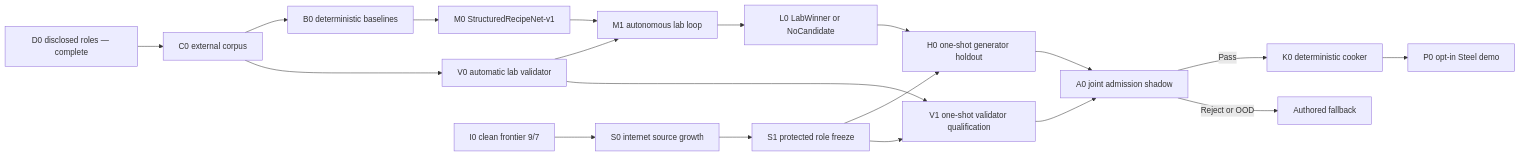
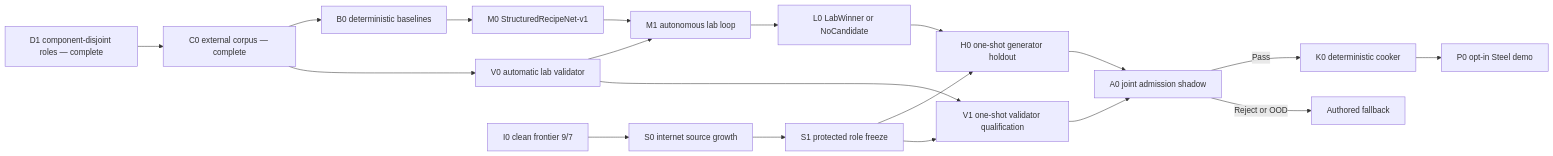
Before and after one commit to kaifaty/NextEngine: the diagram in docs/plans/physical-sound-synthesis-roadmap-v41.md, drawn with Mermaid. The commit also changed other lines of this file and 8 other files, not shown here.

Commit message:
feat(sound): build disclosed ML corpus

````diff
--- a/docs/plans/physical-sound-synthesis-roadmap-v41.md
+++ b/docs/plans/physical-sound-synthesis-roadmap-v41.md
@@ -49,22 +56,22 @@
 ```mermaid
 flowchart LR
-    D0["D0 disclosed roles — complete"] --> C0["C0 external corpus"]
+    D1["D1 component-disjoint roles — complete"] --> C0["C0 external corpus — complete"]
     C0 --> B0["B0 deterministic baselines"]
     C0 --> V0["V0 automatic lab validator"]
     B0 --> M0["M0 StructuredRecipeNet-v1"]
     V0 --> M1["M1 autonomous lab loop"]
     M0 --> M1
     M1 --> L0["L0 LabWinner or NoCandidate"]
 
     I0["I0 clean frontier 9/7"] --> S0["S0 internet source growth"]
     S0 --> S1["S1 protected role freeze"]
     L0 --> H0["H0 one-shot generator holdout"]
     S1 --> H0
     V0 --> V1["V1 one-shot validator qualification"]
     S1 --> V1
     H0 --> A0["A0 joint admission shadow"]
     V1 --> A0
     A0 -->|Pass| K0["K0 deterministic cooker"]
     A0 -->|Reject or OOD| FB["Authored fallback"]
     K0 --> P0["P0 opt-in Steel demo"]
 ```
````
